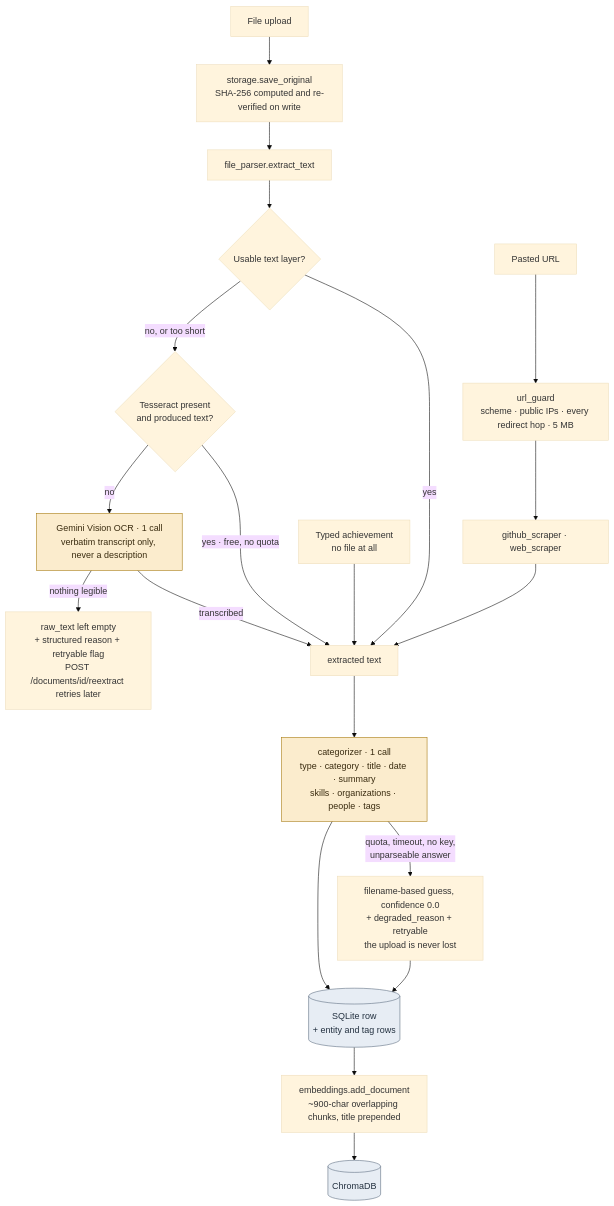
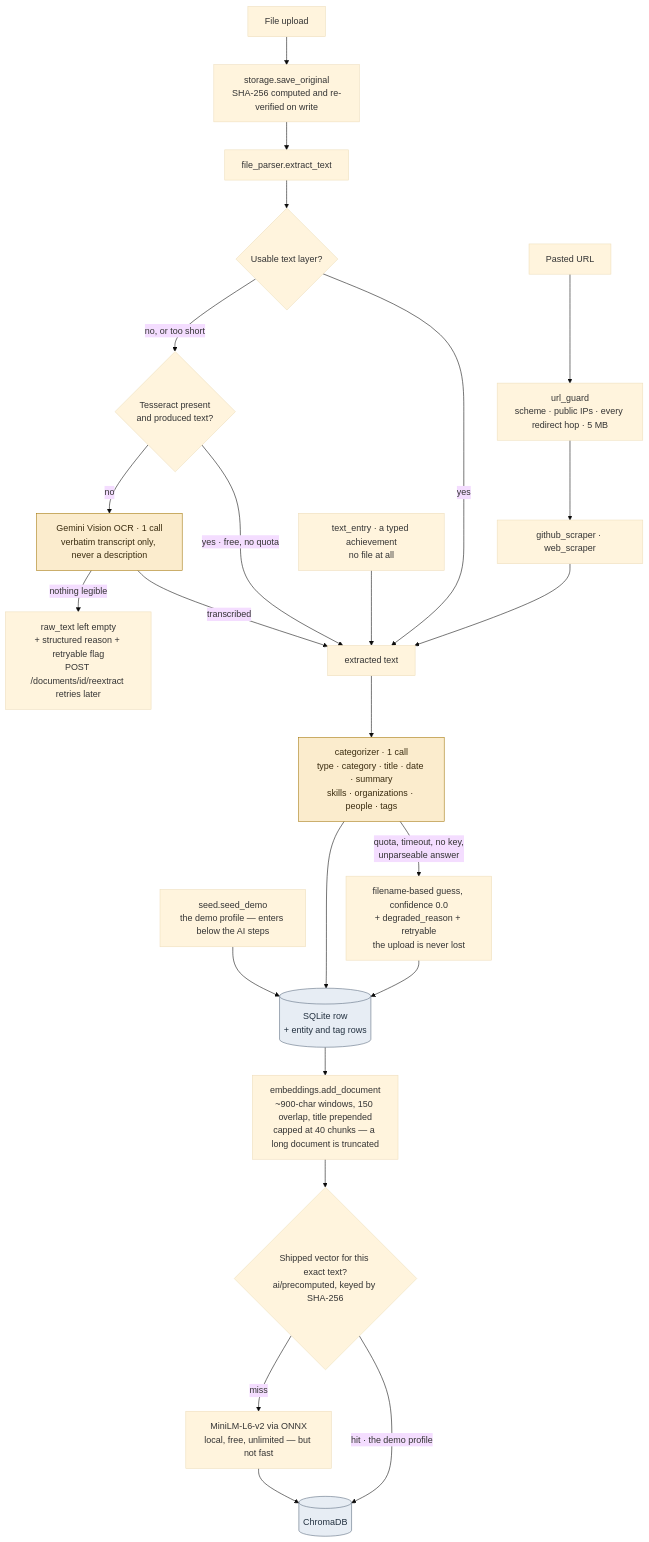
One commit to D-Dynamico/TraceAI changed the second of 3 diagrams in docs/architecture.md. Above: the diagram before and after it, drawn with Mermaid (base theme). The commit also changed other lines of this file and 2 other files, not shown here.

First line of the commit message:
Correct the architecture diagrams and the test counts

````diff
--- a/docs/architecture.md
+++ b/docs/architecture.md
@@ -99,29 +120,33 @@
 ```mermaid
 flowchart TB
     up["File upload"] --> save["storage.save_original<br/>SHA-256 computed and re-verified on write"]
     save --> ext["file_parser.extract_text"]
     ext --> layer{"Usable text layer?"}
     layer -- "yes" --> text["extracted text"]
     layer -- "no, or too short" --> tess{"Tesseract present<br/>and produced text?"}
     tess -- "yes · free, no quota" --> text
     tess -- "no" --> vision["Gemini Vision OCR · 1 call<br/>verbatim transcript only, never a description"]
     vision -- "transcribed" --> text
     vision -- "nothing legible" --> stuck["raw_text left empty<br/>+ structured reason + retryable flag<br/>POST /documents/id/reextract retries later"]
 
     urlin["Pasted URL"] --> guard["url_guard<br/>scheme · public IPs · every redirect hop · 5 MB"]
     guard --> scrape["github_scraper · web_scraper"]
     scrape --> text
-    typed["Typed achievement<br/>no file at all"] --> text
+    typed["text_entry · a typed achievement<br/>no file at all"] --> text
+    seed["seed.seed_demo<br/>the demo profile — enters below the AI steps"] --> row
 
     text --> catg["categorizer · 1 call<br/>type · category · title · date · summary<br/>skills · organizations · people · tags"]
     catg -- "quota, timeout, no key,<br/>unparseable answer" --> deg["filename-based guess, confidence 0.0<br/>+ degraded_reason + retryable<br/>the upload is never lost"]
     catg --> row[("SQLite row<br/>+ entity and tag rows")]
     deg --> row
-    row --> emb["embeddings.add_document<br/>~900-char overlapping chunks, title prepended"]
-    emb --> vec[("ChromaDB")]
+    row --> emb["embeddings.add_document<br/>~900-char windows, 150 overlap, title prepended<br/>capped at 40 chunks — a long document is truncated"]
+    emb --> pre{"Shipped vector for this exact text?<br/>ai/precomputed, keyed by SHA-256"}
+    pre -- "hit · the demo profile" --> vec[("ChromaDB")]
+    pre -- "miss" --> model["MiniLM-L6-v2 via ONNX<br/>local, free, unlimited — but not fast"]
+    model --> vec
 
     classDef gem fill:#fbeccd,stroke:#a4770a,color:#3a2c10
     classDef store fill:#e7edf4,stroke:#5b6b7f,color:#22303f
     class vision,catg gem
     class row,vec store
 ```
````
